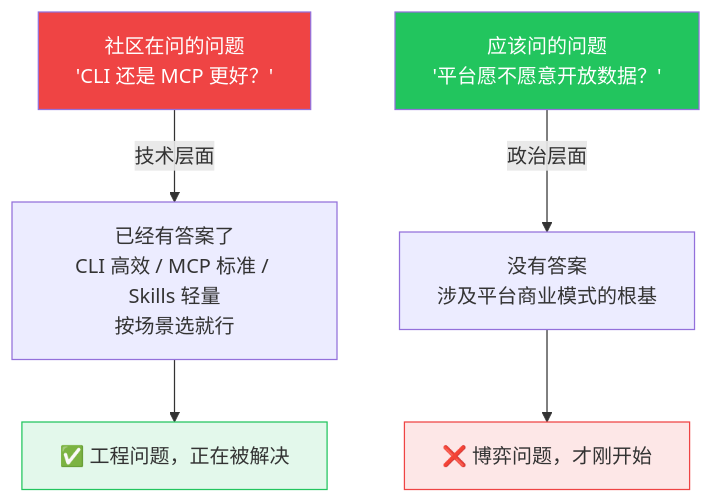
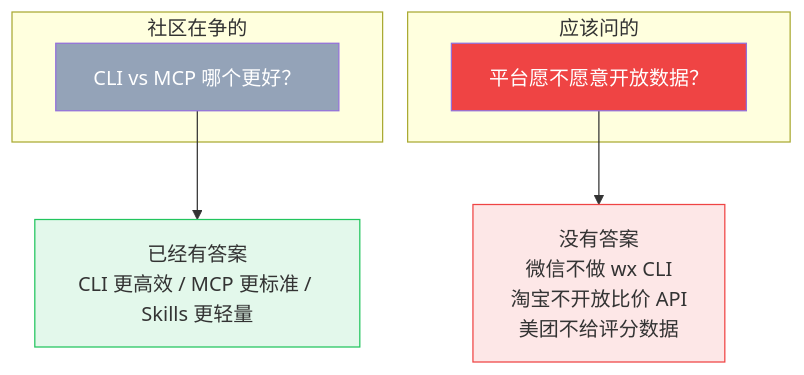
Before and after one commit to Trashwbin/quill: the third of 3 diagrams in content/posts/cli-vs-mcp-vs-skills.md, drawn with Mermaid. The commit also changed other lines of this file and 2 other files, not shown here.

Commit message:
style: footer with Abin's Quill + GitHub link; mermaid auto-detect

````diff
--- a/content/posts/cli-vs-mcp-vs-skills.md
+++ b/content/posts/cli-vs-mcp-vs-skills.md
@@ -201,16 +186,18 @@
 ```mermaid
-flowchart TD
-    Wrong["社区在问的问题<br/>'CLI 还是 MCP 更好？'"]
-    Right["应该问的问题<br/>'平台愿不愿意开放数据？'"]
+graph TB
+    subgraph "社区在争的"
+        Debate["CLI vs MCP 哪个更好？"]
+    end
     
-    Wrong -->|"技术层面"| Tech["已经有答案了<br/>CLI 高效 / MCP 标准 / Skills 轻量<br/>按场景选就行"]
-    Right -->|"政治层面"| Politics["没有答案<br/>涉及平台商业模式的根基"]
+    subgraph "应该问的"
+        Real["平台愿不愿意开放数据？"]
+    end
     
-    Tech --> Solved["✅ 工程问题，正在被解决"]
-    Politics --> Unsolved["❌ 博弈问题，才刚开始"]
+    Debate --> Solved["已经有答案<br/>CLI 更高效 / MCP 更标准 / Skills 更轻量"]
+    Real --> Unsolved["没有答案<br/>微信不做 wx CLI<br/>淘宝不开放比价 API<br/>美团不给评分数据"]
     
-    style Wrong fill:#ef4444,color:#fff
-    style Right fill:#22c55e,color:#fff
+    style Debate fill:#94a3b8,color:#fff
+    style Real fill:#ef4444,color:#fff
     style Solved fill:#22c55e20,stroke:#22c55e
     style Unsolved fill:#ef444420,stroke:#ef4444
 ```
````
